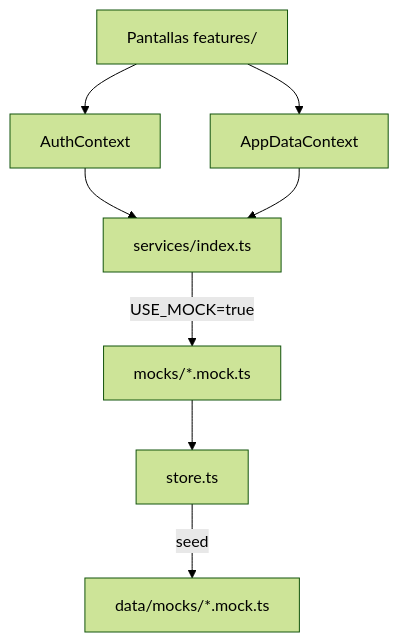
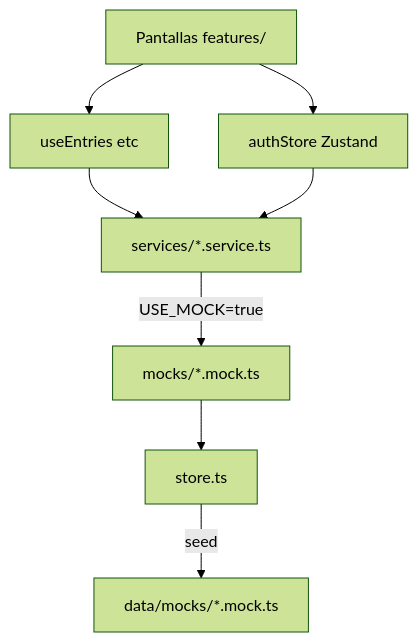
Before and after one commit to ClaudioCh-Dev/agenda-escolar-digital: the first of 2 diagrams in docs/datos-y-servicios.md, drawn with Mermaid (forest theme). The commit also changed other lines of this file and 39 other files, not shown here.

Commit message:
Update dependencies and refactor state management in the app. Added Zustand and TanStack Query for improved state handling and data fetching. Removed legacy context-based state management. Updated README and documentation to reflect new architecture and usage patterns.

````diff
--- a/docs/datos-y-servicios.md
+++ b/docs/datos-y-servicios.md
@@ -241,18 +247,18 @@
 ```mermaid
 flowchart TD
   UI[Pantallas features/]
-  AC[AuthContext]
-  AD[AppDataContext]
-  IDX[services/index.ts]
+  AuthStore[authStore Zustand]
+  QueryHooks[useEntries etc]
+  Facade[services/*.service.ts]
   MOCK[mocks/*.mock.ts]
   STORE[store.ts]
   DATA[data/mocks/*.mock.ts]
 
-  UI --> AC
-  UI --> AD
-  AC --> IDX
-  AD --> IDX
-  IDX -->|USE_MOCK=true| MOCK
+  UI --> AuthStore
+  UI --> QueryHooks
+  QueryHooks --> Facade
+  AuthStore --> Facade
+  Facade -->|USE_MOCK=true| MOCK
   MOCK --> STORE
   STORE -->|seed| DATA
 ```
````
